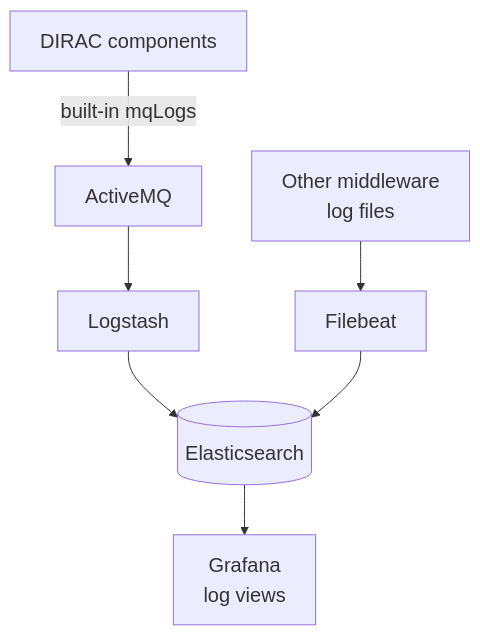
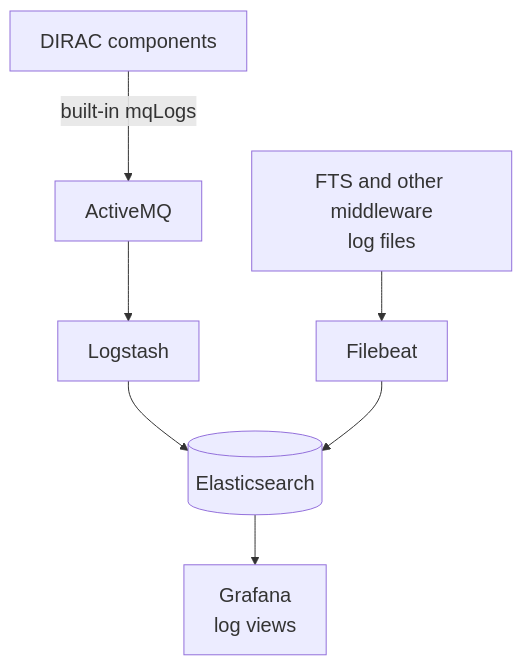
The third of 4 diagrams in slides.md (hanx-hep/2026-cepc-dci), drawn with Mermaid before and after one commit. The commit also changed other lines of this file and 1 other file, not shown here.

Commit message:
fix: separate middleware telemetry and centralized log pipelines

````diff
--- a/slides.md
+++ b/slides.md
@@ -316,8 +321,8 @@
 ```mermaid {scale: 0.53}
 %%{init: {"themeVariables": {"fontSize": "20px"}}}%%
 flowchart TB
     A[DIRAC components] -->|built-in mqLogs| MQ[ActiveMQ]
     MQ --> LS[Logstash] --> E[(Elasticsearch)]
-    B[Other middleware<br/>log files] --> C[Filebeat] --> E
+    B[FTS and other middleware<br/>log files] --> C[Filebeat] --> E
     E --> D[Grafana<br/>log views]
 ```
````
